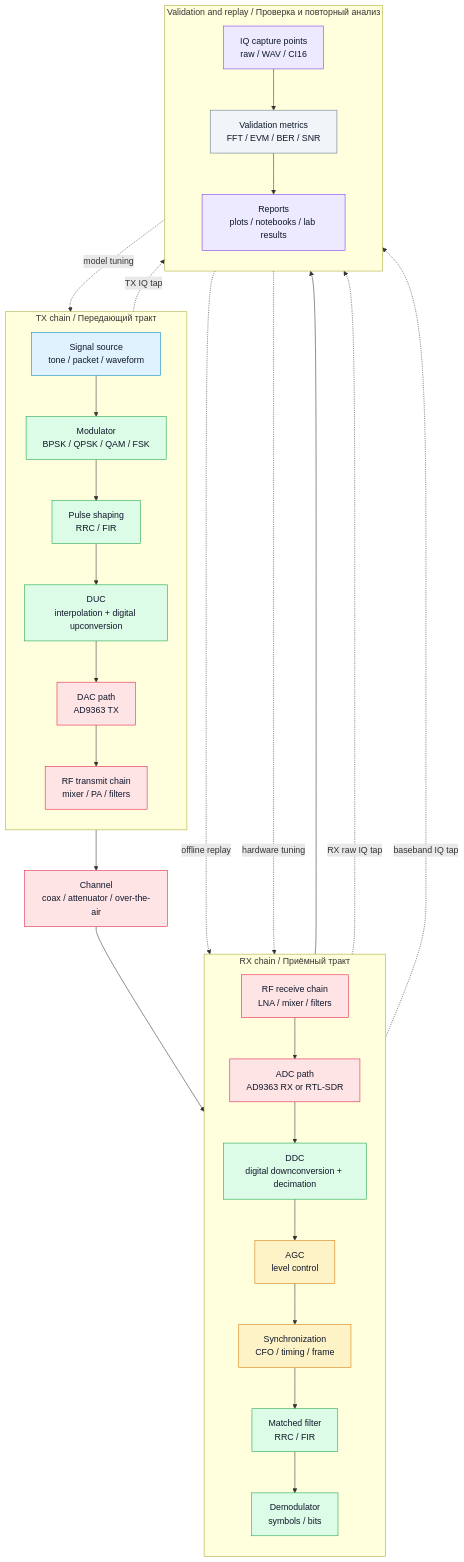
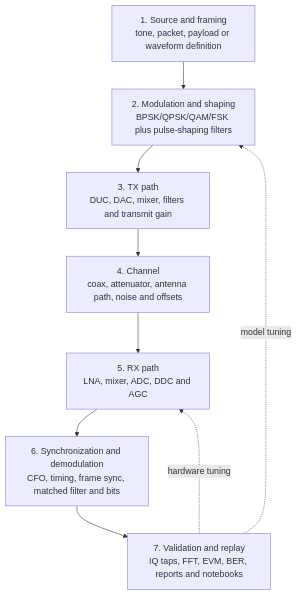
One commit to Lay007/zynq-sdr-course changed the fourth of 4 diagrams in README.md. Above: the diagram before and after it, drawn with Mermaid. The commit also changed other lines of this file, not shown here.

Commit message:
Unify public Mermaid diagrams in IEEE style

````diff
--- a/README.md
+++ b/README.md
@@ -168,52 +151,14 @@
 ```mermaid
 flowchart TB
-    classDef src fill:#E0F2FE,color:#0F172A,stroke:#0284C7,stroke-width:1px;
-    classDef dsp fill:#DCFCE7,color:#0F172A,stroke:#16A34A,stroke-width:1px;
-    classDef sync fill:#FEF3C7,color:#0F172A,stroke:#D97706,stroke-width:1px;
-    classDef rf fill:#FFE4E6,color:#0F172A,stroke:#E11D48,stroke-width:1px;
-    classDef io fill:#EDE9FE,color:#0F172A,stroke:#7C3AED,stroke-width:1px;
-    classDef metric fill:#F1F5F9,color:#0F172A,stroke:#64748B,stroke-width:1px;
+    SRC["1. Source and framing<br/>tone, packet, payload or waveform definition"]
+    MOD["2. Modulation and shaping<br/>BPSK/QPSK/QAM/FSK plus pulse-shaping filters"]
+    TXRF["3. TX path<br/>DUC, DAC, mixer, filters and transmit gain"]
+    CHANNEL["4. Channel<br/>coax, attenuator, antenna path, noise and offsets"]
+    RXRF["5. RX path<br/>LNA, mixer, ADC, DDC and AGC"]
+    SYNC["6. Synchronization and demodulation<br/>CFO, timing, frame sync, matched filter and bits"]
+    VALID["7. Validation and replay<br/>IQ taps, FFT, EVM, BER, reports and notebooks"]
 
-    subgraph TX["TX chain / Передающий тракт"]
-        direction TB
-        SRC["Signal source<br/>tone / packet / waveform"]:::src
-        MOD["Modulator<br/>BPSK / QPSK / QAM / FSK"]:::dsp
-        RRC_TX["Pulse shaping<br/>RRC / FIR"]:::dsp
-        DUC["DUC<br/>interpolation + digital upconversion"]:::dsp
-        DAC["DAC path<br/>AD9363 TX"]:::rf
-        RF_TX["RF transmit chain<br/>mixer / PA / filters"]:::rf
-        SRC --> MOD --> RRC_TX --> DUC --> DAC --> RF_TX
-    end
-
-    CH["Channel<br/>coax / attenuator / over-the-air"]:::rf
-
-    subgraph RX["RX chain / Приёмный тракт"]
-        direction TB
-        RF_RX["RF receive chain<br/>LNA / mixer / filters"]:::rf
-        ADC["ADC path<br/>AD9363 RX or RTL-SDR"]:::rf
-        DDC["DDC<br/>digital downconversion + decimation"]:::dsp
-        AGC["AGC<br/>level control"]:::sync
-        SYNC["Synchronization<br/>CFO / timing / frame"]:::sync
-        RRC_RX["Matched filter<br/>RRC / FIR"]:::dsp
-        DEMOD["Demodulator<br/>symbols / bits"]:::dsp
-        RF_RX --> ADC --> DDC --> AGC --> SYNC --> RRC_RX --> DEMOD
-    end
-
-    subgraph VALIDATION["Validation and replay / Проверка и повторный анализ"]
-        direction TB
-        IQ["IQ capture points<br/>raw / WAV / CI16"]:::io
-        METRICS["Validation metrics<br/>FFT / EVM / BER / SNR"]:::metric
-        REPORT["Reports<br/>plots / notebooks / lab results"]:::io
-        IQ --> METRICS --> REPORT
-    end
-
-    RF_TX --> CH --> RF_RX
-    DEMOD --> METRICS
-
-    DUC -. TX IQ tap .-> IQ
-    ADC -. RX raw IQ tap .-> IQ
-    DDC -. baseband IQ tap .-> IQ
-    IQ -. offline replay .-> DDC
-    METRICS -. model tuning .-> MOD
-    METRICS -. hardware tuning .-> AGC
+    SRC --> MOD --> TXRF --> CHANNEL --> RXRF --> SYNC --> VALID
+    VALID -. model tuning .-> MOD
+    VALID -. hardware tuning .-> RXRF
 ```
````
